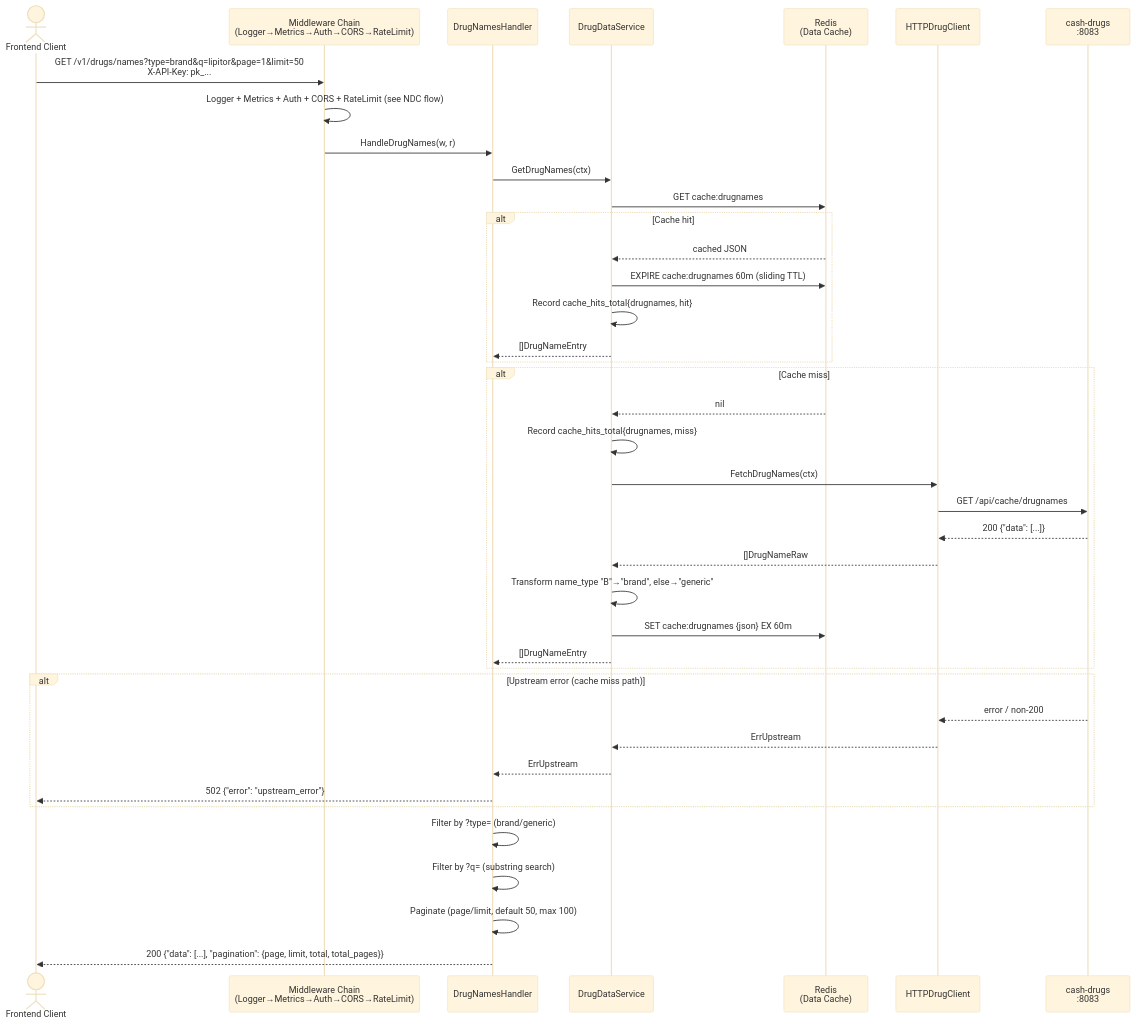
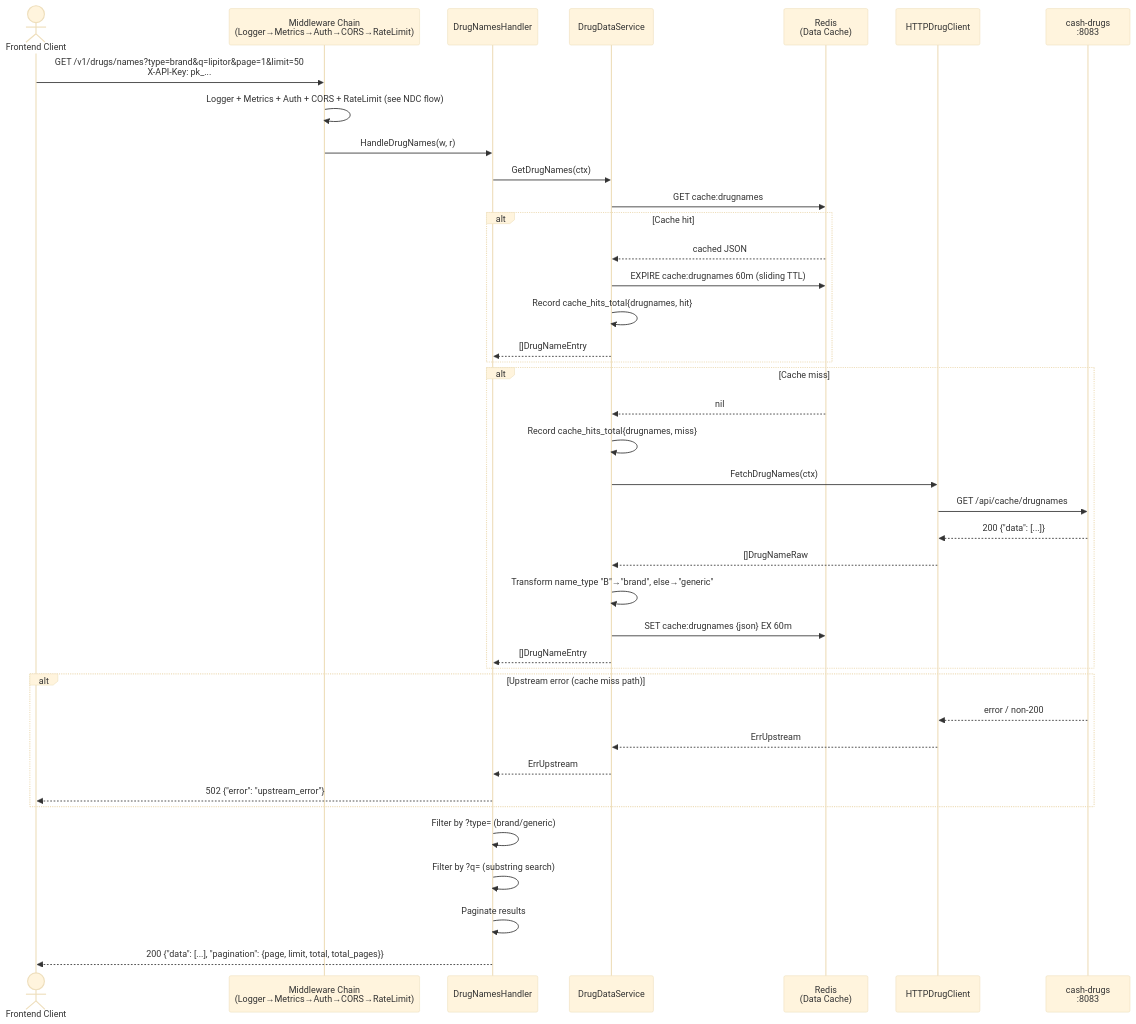
Before and after one commit to finish06/drug-gate: the seventh of 12 diagrams in docs/sequence-diagram.md, drawn with Mermaid (base theme). The commit also changed other lines of this file, not shown here.

First line of the commit message:
fix: simplify Mermaid diagram labels to fix GitHub rendering

````diff
--- a/docs/sequence-diagram.md
+++ b/docs/sequence-diagram.md
@@ -312,48 +312,48 @@
 ```mermaid
 sequenceDiagram
     actor Client as Frontend Client
     participant MW as Middleware Chain<br/>(Logger→Metrics→Auth→CORS→RateLimit)
     participant DNH as DrugNamesHandler
     participant SVC as DrugDataService
     participant RDS as Redis<br/>(Data Cache)
     participant DC as HTTPDrugClient
     participant CD as cash-drugs<br/>:8083
 
     Client->>MW: GET /v1/drugs/names?type=brand&q=lipitor&page=1&limit=50<br/>X-API-Key: pk_...
     MW->>MW: Logger + Metrics + Auth + CORS + RateLimit (see NDC flow)
     MW->>DNH: HandleDrugNames(w, r)
 
     DNH->>SVC: GetDrugNames(ctx)
     SVC->>RDS: GET cache:drugnames
 
     alt Cache hit
         RDS-->>SVC: cached JSON
         SVC->>RDS: EXPIRE cache:drugnames 60m (sliding TTL)
         SVC->>SVC: Record cache_hits_total{drugnames, hit}
         SVC-->>DNH: []DrugNameEntry
     end
 
     alt Cache miss
         RDS-->>SVC: nil
         SVC->>SVC: Record cache_hits_total{drugnames, miss}
         SVC->>DC: FetchDrugNames(ctx)
         DC->>CD: GET /api/cache/drugnames
         CD-->>DC: 200 {"data": [...]}
         DC-->>SVC: []DrugNameRaw
         SVC->>SVC: Transform name_type "B"→"brand", else→"generic"
         SVC->>RDS: SET cache:drugnames {json} EX 60m
         SVC-->>DNH: []DrugNameEntry
     end
 
     alt Upstream error (cache miss path)
         CD-->>DC: error / non-200
         DC-->>SVC: ErrUpstream
         SVC-->>DNH: ErrUpstream
         DNH-->>Client: 502 {"error": "upstream_error"}
     end
 
     DNH->>DNH: Filter by ?type= (brand/generic)
     DNH->>DNH: Filter by ?q= (substring search)
-    DNH->>DNH: Paginate (page/limit, default 50, max 100)
+    DNH->>DNH: Paginate results
     DNH-->>Client: 200 {"data": [...], "pagination": {page, limit, total, total_pages}}
 ```
````
